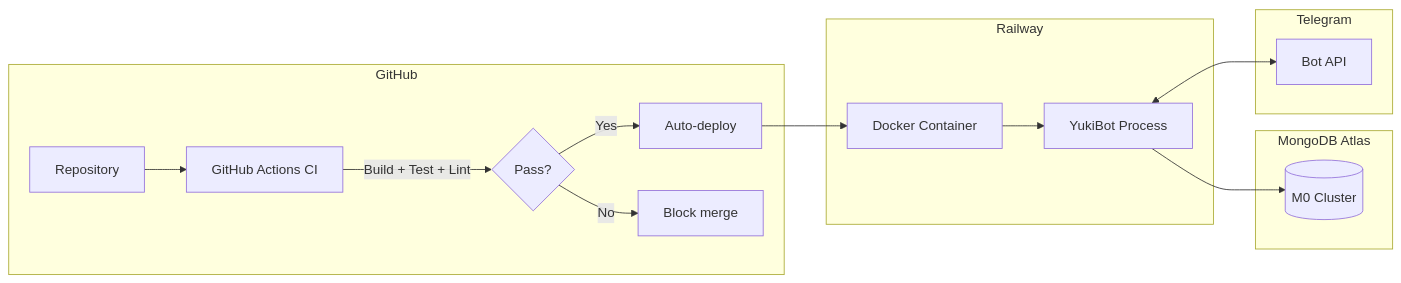
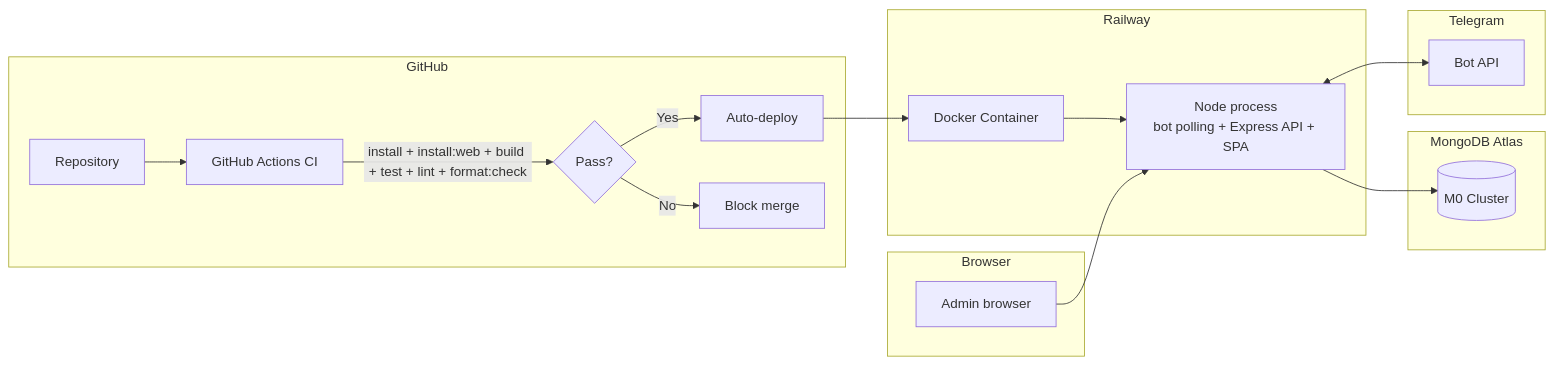
One commit to Yuki44/YukiBot-Telegram-Admin changed the tenth of 10 diagrams in docs/architecture.md. Above: the diagram before and after it, drawn with Mermaid. The commit also changed other lines of this file and 8 other files, not shown here.

````diff
--- a/docs/architecture.md
+++ b/docs/architecture.md
@@ -222,22 +355,26 @@
 ```mermaid
 graph LR
   subgraph "GitHub"
     GH[Repository] --> CI[GitHub Actions CI]
-    CI --> |Build + Test + Lint| PASS{Pass?}
+    CI --> |install + install:web + build + test + lint + format:check| PASS{Pass?}
     PASS -->|Yes| DEPLOY
     PASS -->|No| FAIL[Block merge]
   end
 
   subgraph "Railway"
     DEPLOY[Auto-deploy] --> DOCKER[Docker Container]
-    DOCKER --> BOT[YukiBot Process]
+    DOCKER --> NODE[Node process<br/>bot polling + Express API + SPA]
   end
 
   subgraph "MongoDB Atlas"
-    BOT --> ATLAS[(M0 Cluster)]
+    NODE --> ATLAS[(M0 Cluster)]
   end
 
   subgraph "Telegram"
-    BOT <--> TAPI[Bot API]
+    NODE <--> TAPI[Bot API]
+  end
+
+  subgraph "Browser"
+    BROWSER[Admin browser] --> NODE
   end
 ```
````
